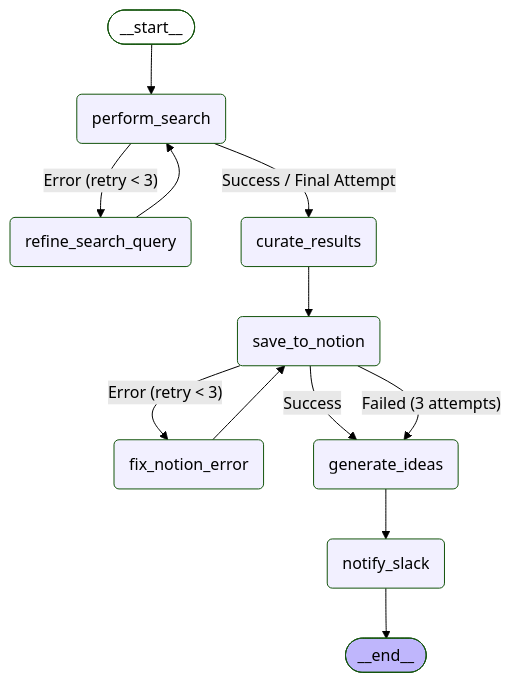
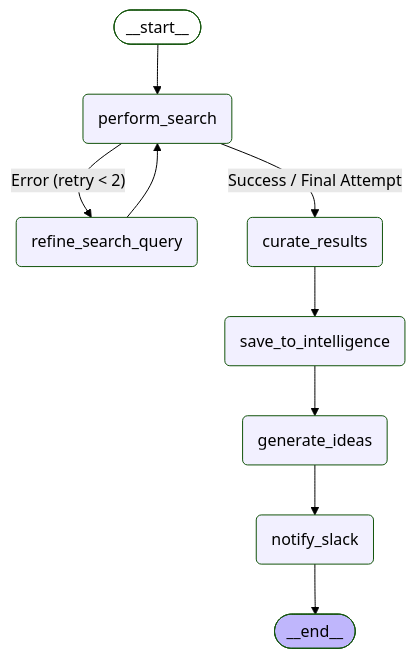
One commit to AI-Passione/famiglia-core changed the first of 9 diagrams in src/famiglia_core/agents/orchestration/features/README.md. Above: the diagram before and after it, drawn with Mermaid (forest theme). The commit also changed other lines of this file and 1 other file, not shown here.

Commit message:
docs: update market research workflow documentation and simplify orchestration architecture diagrams

````diff
--- a/src/famiglia_core/agents/orchestration/features/README.md
+++ b/src/famiglia_core/agents/orchestration/features/README.md
@@ -33,28 +34,24 @@
 ```mermaid
 graph TD;
     __start__([__start__]):::first
     perform_search(perform_search)
     refine_search_query(refine_search_query)
     curate_results(curate_results)
-    save_to_notion(save_to_notion)
-    fix_notion_error(fix_notion_error)
+    save_to_intelligence(save_to_intelligence)
     generate_ideas(generate_ideas)
     notify_slack(notify_slack)
     __end__([__end__]):::last
 
     __start__ --> perform_search;
-    perform_search -- "Error (retry < 3)" --> refine_search_query;
+    perform_search -- "Error (retry < 2)" --> refine_search_query;
     refine_search_query --> perform_search;
     perform_search -- "Success / Final Attempt" --> curate_results;
-    curate_results --> save_to_notion;
-    save_to_notion -- "Error (retry < 3)" --> fix_notion_error;
-    fix_notion_error --> save_to_notion;
-    save_to_notion -- "Success" --> generate_ideas;
-    save_to_notion -- "Failed (3 attempts)" --> generate_ideas;
+    curate_results --> save_to_intelligence;
+    save_to_intelligence --> generate_ideas;
     generate_ideas --> notify_slack;
     notify_slack --> __end__;
 
     classDef default fill:#f2f0ff,line-height:1.2
     classDef first fill-opacity:0
     classDef last fill:#bfb6fc
 ```
````
